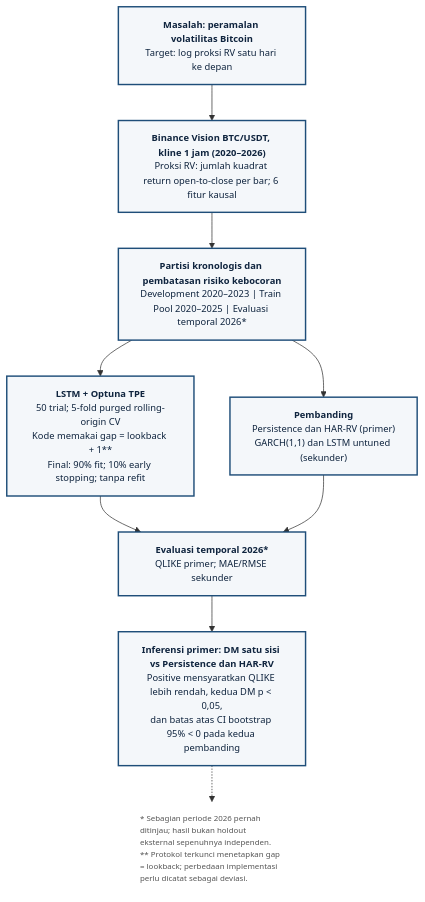
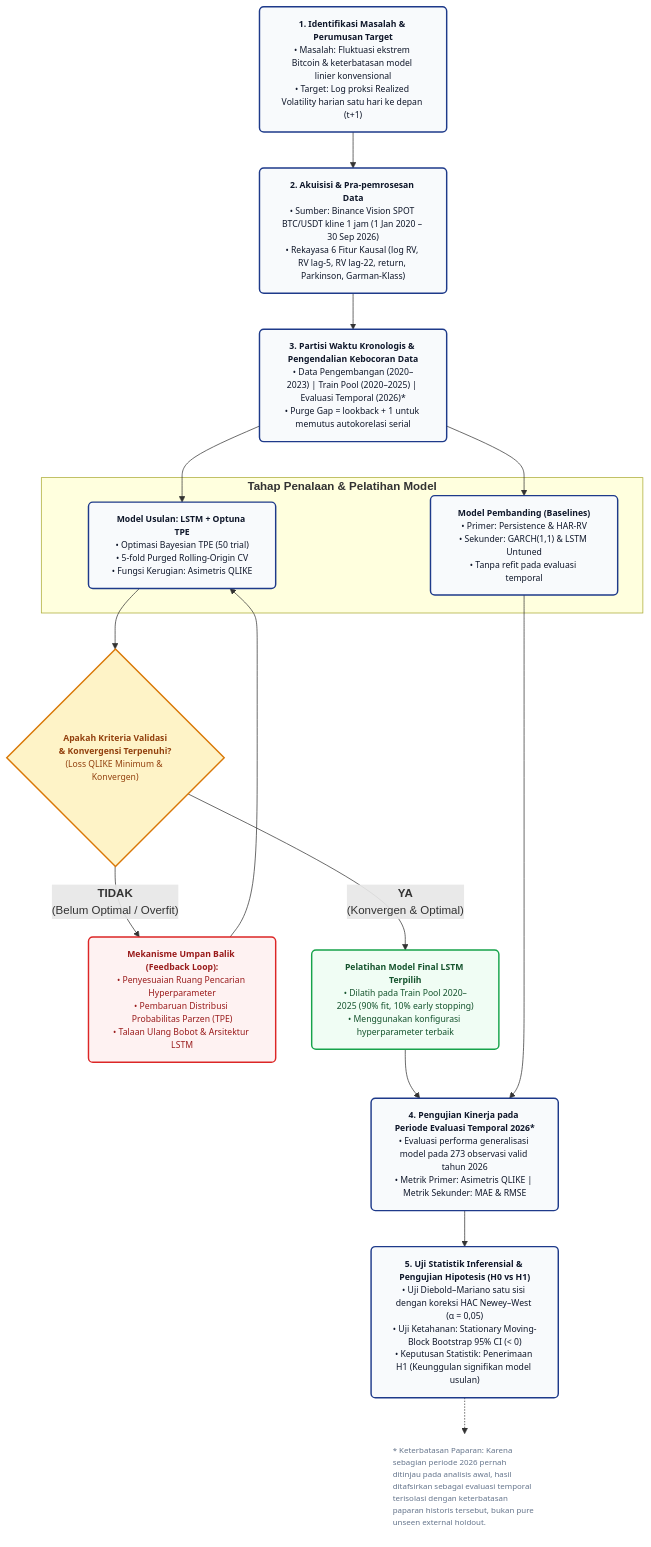
The second of 3 diagrams in 03_Naskah_Skripsi/study2/figures/KODE_DIAGRAM_DRAWIO.md (zeen-lien/OptimasiBTC), drawn with Mermaid before and after one commit. The commit also changed other lines of this file and 11 other files, not shown here.

Commit message:
fix(sempro): tindak lanjuti catatan bimbingan Pak Teguh (Decision loop Gambar 2.2, hipotesis formal H0 vs H1, dan rincian fisik 34 unit test Bab III)

````diff
--- a/03_Naskah_Skripsi/study2/figures/KODE_DIAGRAM_DRAWIO.md
+++ b/03_Naskah_Skripsi/study2/figures/KODE_DIAGRAM_DRAWIO.md
@@ -129,27 +129,47 @@
 ```mermaid
 flowchart TD
-    classDef default fill:#F4F7FA,stroke:#1F4E79,stroke-width:2px,color:#0F243E,font-family:'Segoe UI',Helvetica,Arial,sans-serif,font-size:13px;
-    classDef split fill:#F4F7FA,stroke:#1F4E79,stroke-width:2px,color:#0F243E,font-family:'Segoe UI',Helvetica,Arial,sans-serif,font-size:13px;
-    classDef note fill:none,stroke:none,color:#555555,font-family:'Segoe UI',Helvetica,Arial,sans-serif,font-size:11px,text-align:left;
+    %% Styling Global
+    classDef default font-family:'Segoe UI',Arial,sans-serif,font-size:12px;
+    classDef stageBox fill:#F8FAFC,stroke:#1E3A8A,stroke-width:2px,color:#0F172A,rx:6px,ry:6px;
+    classDef decision fill:#FEF3C7,stroke:#D97706,stroke-width:2px,color:#92400E,rx:4px,ry:4px;
+    classDef loopBox fill:#FEF2F2,stroke:#DC2626,stroke-width:2px,color:#991B1B,rx:6px,ry:6px;
+    classDef successBox fill:#F0FDF4,stroke:#16A34A,stroke-width:2px,color:#14532D,rx:6px,ry:6px;
+    classDef note fill:none,stroke:none,color:#64748B,font-size:11px,text-align:left;
 
-    A["<b>Masalah: peramalan volatilitas Bitcoin</b><br/>Target: log proksi RV satu hari ke depan"]
-    B["<b>Binance Vision BTC/USDT, kline 1 jam (2020–2026)</b><br/>Proksi RV: jumlah kuadrat return open-to-close per bar; 6 fitur kausal"]
-    C["<b>Partisi kronologis dan pembatasan risiko kebocoran</b><br/>Development 2020–2023 | Train Pool 2020–2025 | Evaluasi temporal 2026*"]
-    
-    D1["<b>LSTM + Optuna TPE</b><br/>50 trial; 5-fold purged rolling-origin CV<br/>Kode memakai gap = lookback + 1**<br/>Final: 90% fit; 10% early stopping; tanpa refit"]:::split
-    D2["<b>Pembanding</b><br/>Persistence dan HAR-RV (primer)<br/>GARCH(1,1) dan LSTM untuned (sekunder)"]:::split
-    
-    E["<b>Evaluasi temporal 2026*</b><br/>QLIKE primer; MAE/RMSE sekunder"]
-    F["<b>Inferensi primer: DM satu sisi vs Persistence dan HAR-RV</b><br/>Positive mensyaratkan QLIKE lebih rendah, kedua DM p &lt; 0,05,<br/>dan batas atas CI bootstrap 95% &lt; 0 pada kedua pembanding"]
+    A["<b>1. Identifikasi Masalah & Perumusan Target</b><br/>• Masalah: Fluktuasi ekstrem Bitcoin & keterbatasan model linier konvensional<br/>• Target: Log proksi Realized Volatility harian satu hari ke depan (t+1)"]:::stageBox
 
-    N["* Sebagian periode 2026 pernah ditinjau; hasil bukan holdout eksternal sepenuhnya independen.<br/>** Protokol terkunci menetapkan gap = lookback; perbedaan implementasi perlu dicatat sebagai deviasi."]:::note
+    B["<b>2. Akuisisi & Pra-pemrosesan Data</b><br/>• Sumber: Binance Vision SPOT BTC/USDT kline 1 jam (1 Jan 2020 – 30 Sep 2026)<br/>• Rekayasa 6 Fitur Kausal (log RV, RV lag-5, RV lag-22, return, Parkinson, Garman-Klass)"]:::stageBox
 
+    C["<b>3. Partisi Waktu Kronologis & Pengendalian Kebocoran Data</b><br/>• Data Pengembangan (2020–2023) | Train Pool (2020–2025) | Evaluasi Temporal (2026)*<br/>• Purge Gap = lookback + 1 untuk memutus autokorelasi serial"]:::stageBox
+
+    subgraph Pemodelan ["<b>Tahap Penalaan & Pelatihan Model</b>"]
+        D1["<b>Model Usulan: LSTM + Optuna TPE</b><br/>• Optimasi Bayesian TPE (50 trial)<br/>• 5-fold Purged Rolling-Origin CV<br/>• Fungsi Kerugian: Asimetris QLIKE"]:::stageBox
+        D2["<b>Model Pembanding (Baselines)</b><br/>• Primer: Persistence & HAR-RV<br/>• Sekunder: GARCH(1,1) & LSTM Untuned<br/>• Tanpa refit pada evaluasi temporal"]:::stageBox
+    end
+
+    DECISION{"<b>Apakah Kriteria Validasi<br/>& Konvergensi Terpenuhi?</b><br/>(Loss QLIKE Minimum & Konvergen)"}:::decision
+
+    LOOP["<b>Mekanisme Umpan Balik (Feedback Loop):</b><br/>• Penyesuaian Ruang Pencarian Hyperparameter<br/>• Pembaruan Distribusi Probabilitas Parzen (TPE)<br/>• Talaan Ulang Bobot & Arsitektur LSTM"]:::loopBox
+
+    FINAL["<b>Pelatihan Model Final LSTM Terpilih</b><br/>• Dilatih pada Train Pool 2020–2025 (90% fit, 10% early stopping)<br/>• Menggunakan konfigurasi hyperparameter terbaik"]:::successBox
+
+    E["<b>4. Pengujian Kinerja pada Periode Evaluasi Temporal 2026*</b><br/>• Evaluasi performa generalisasi model pada 273 observasi valid tahun 2026<br/>• Metrik Primer: Asimetris QLIKE | Metrik Sekunder: MAE & RMSE"]:::stageBox
+
+    F["<b>5. Uji Statistik Inferensial & Pengujian Hipotesis (H0 vs H1)</b><br/>• Uji Diebold–Mariano satu sisi dengan koreksi HAC Newey–West (α = 0,05)<br/>• Uji Ketahanan: Stationary Moving-Block Bootstrap 95% CI (< 0)<br/>• Keputusan Statistik: Penerimaan H1 (Keunggulan signifikan model usulan)"]:::stageBox
+
+    N["* Keterbatasan Paparan: Karena sebagian periode 2026 pernah ditinjau pada analisis awal, hasil ditafsirkan sebagai evaluasi temporal terisolasi dengan keterbatasan paparan historis tersebut, bukan pure unseen external holdout."]:::note
+
+    %% Alur Panah
     A --> B
     B --> C
     C --> D1
     C --> D2
-    D1 --> E
+    D1 --> DECISION
+    DECISION -- "<b>TIDAK</b><br/>(Belum Optimal / Overfit)" --> LOOP
+    LOOP --> D1
+    DECISION -- "<b>YA</b><br/>(Konvergen & Optimal)" --> FINAL
+    FINAL --> E
     D2 --> E
     E --> F
     F -.-> N
 ```
````
